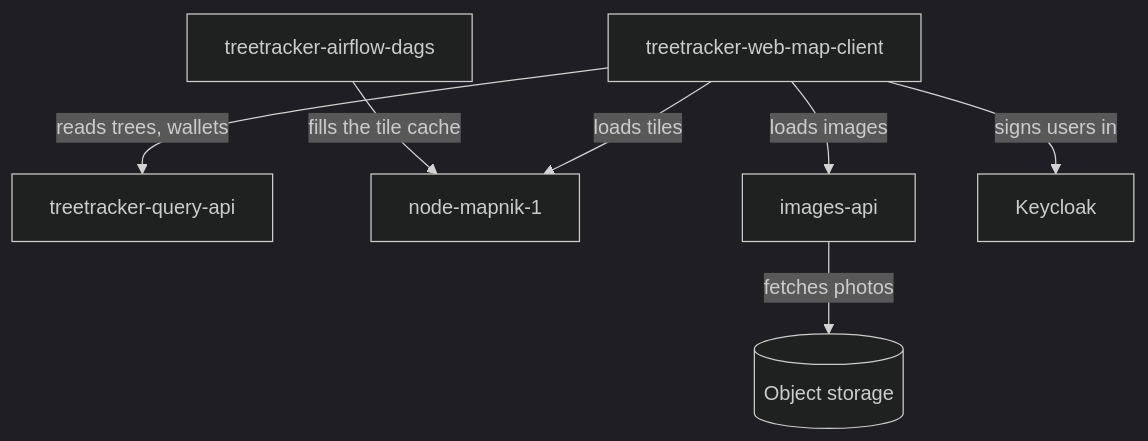
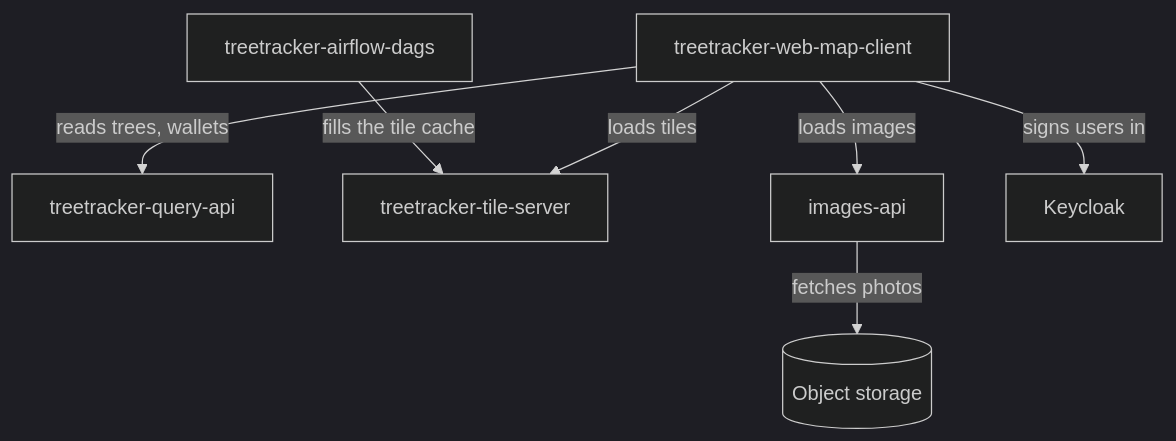
Before and after one commit to arnoldcastro5000/understand-greenstand: the second of 5 diagrams in ARCHITECTURE.md, drawn with Mermaid (dark theme). The commit also changed other lines of this file and 11 other files, not shown here.

First line of the commit message:
Follow the rename of node-mapnik-1 to treetracker-tile-server

````diff
--- a/ARCHITECTURE.md
+++ b/ARCHITECTURE.md
@@ -57,16 +57,16 @@
 ```mermaid
 flowchart TB
   n_treetracker_web_map_client["treetracker-web-map-client"]
   n_treetracker_query_api["treetracker-query-api"]
-  n_node_mapnik_1["node-mapnik-1"]
+  n_treetracker_tile_server["treetracker-tile-server"]
   n_images_api["images-api"]
   n_keycloak["Keycloak"]
   n_storage[("Object storage")]
   n_treetracker_airflow_dags["treetracker-airflow-dags"]
   n_treetracker_web_map_client -->|"reads trees, wallets"| n_treetracker_query_api
-  n_treetracker_web_map_client -->|"loads tiles"| n_node_mapnik_1
+  n_treetracker_web_map_client -->|"loads tiles"| n_treetracker_tile_server
   n_treetracker_web_map_client -->|"loads images"| n_images_api
   n_treetracker_web_map_client -->|"signs users in"| n_keycloak
   n_images_api -->|"fetches photos"| n_storage
-  n_treetracker_airflow_dags -->|"fills the tile cache"| n_node_mapnik_1
+  n_treetracker_airflow_dags -->|"fills the tile cache"| n_treetracker_tile_server
 ```
````
